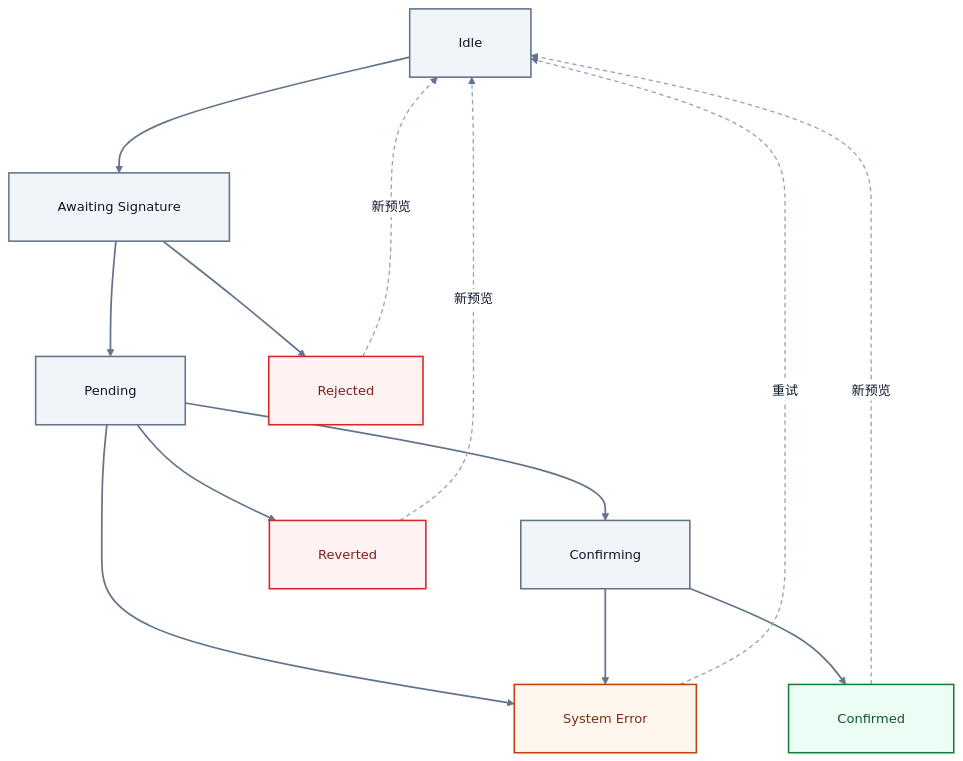
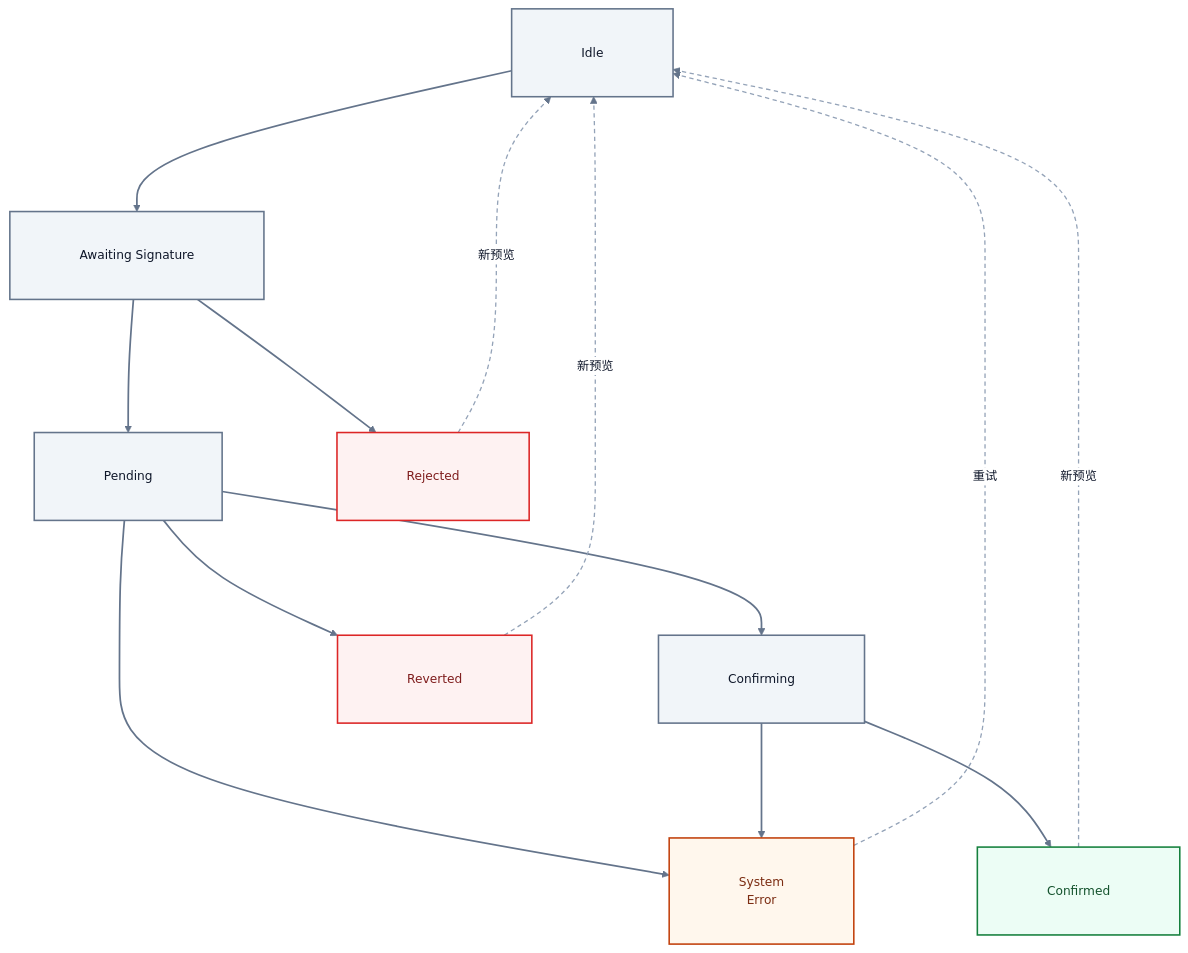
The seventh of 8 diagrams in README.md (sunshineluyao/Moss-Mcp-Transaction), drawn with Mermaid before and after one commit. The commit also changed other lines of this file and 1 other file, not shown here.

Commit message:
docs: expand Mermaid spacing and wrap long labels for GitHub

````diff
--- a/README.md
+++ b/README.md
@@ -730,30 +730,30 @@
 ```mermaid
-%%{init: {'theme':'base','flowchart': {'htmlLabels': true, 'nodeSpacing': 96, 'rankSpacing': 110, 'curve': 'basis', 'padding': 28, 'diagramPadding': 24, 'wrappingWidth': 260},'themeVariables': {'fontFamily':'Inter, Segoe UI, sans-serif','fontSize':'15px','primaryTextColor':'#0f172a','lineColor':'#64748b','clusterBkg':'#f8fafc','clusterBorder':'#cbd5e1','edgeLabelBackground':'#ffffff','primaryBorderColor':'#2563eb','primaryColor':'#eff6ff'}}}%%
+%%{init: {'theme':'base','flowchart': {'htmlLabels': true, 'nodeSpacing': 132, 'rankSpacing': 132, 'curve': 'basis', 'padding': 40, 'diagramPadding': 32, 'wrappingWidth': 320},'themeVariables': {'fontFamily':'Inter, Segoe UI, sans-serif','fontSize':'14px','primaryTextColor':'#0f172a','lineColor':'#64748b','clusterBkg':'#f8fafc','clusterBorder':'#cbd5e1','edgeLabelBackground':'#ffffff','primaryBorderColor':'#2563eb','primaryColor':'#eff6ff'}}}%%
 flowchart TB
   Idle["Idle"] --> Awaiting["Awaiting Signature"]
   Awaiting --> Pending["Pending"]
   Awaiting --> Rejected["Rejected"]
 
   Pending --> Confirming["Confirming"]
   Confirming --> Confirmed["Confirmed"]
   Pending --> Reverted["Reverted"]
-  Pending --> SystemError["System Error"]
+  Pending --> SystemError["System<br/>Error"]
   Confirming --> SystemError
 
   Rejected -.->|新预览| Idle
   Reverted -.->|新预览| Idle
   SystemError -.->|重试| Idle
   Confirmed -.->|新预览| Idle
 
   classDef neutral fill:#f1f5f9,stroke:#64748b,stroke-width:1.8px,color:#0f172a;
   classDef success fill:#ecfdf5,stroke:#15803d,stroke-width:1.8px,color:#14532d;
   classDef danger fill:#fef2f2,stroke:#dc2626,stroke-width:1.8px,color:#7f1d1d;
   classDef warn fill:#fff7ed,stroke:#c2410c,stroke-width:1.8px,color:#7c2d12;
 
   class Idle,Awaiting,Pending,Confirming neutral;
   class Confirmed success;
   class Rejected,Reverted danger;
   class SystemError warn;
   linkStyle 8,9,10,11 stroke:#94a3b8,stroke-width:1.5px,stroke-dasharray:5 4;
   linkStyle default stroke:#64748b,stroke-width:2px;
 ```
````
